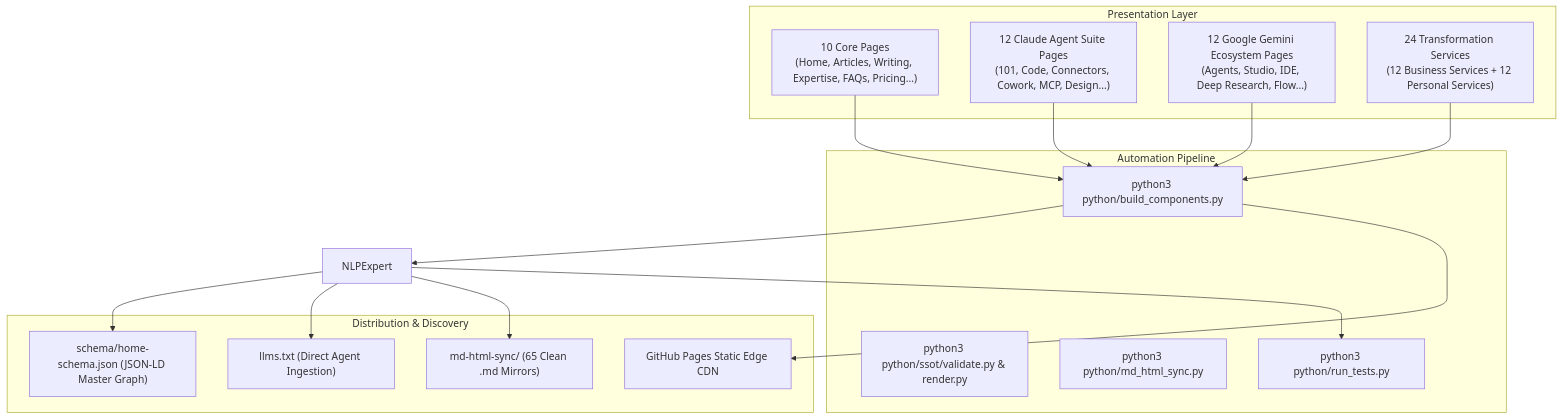
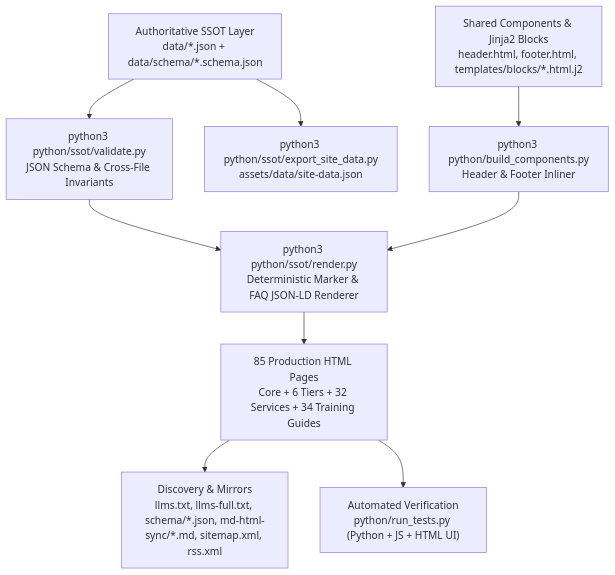
Before and after one commit to thomascherickal/thomascherickal.github.io: the second of 2 diagrams in README.md, drawn with Mermaid. The commit also changed other lines of this file and 156 other files, not shown here.

Commit message:
Data errors and FAQs fixed

````diff
--- a/README.md
+++ b/README.md
@@ -156,34 +122,15 @@
 ```mermaid
-graph TD
-  subgraph Presentation Layer
-    CorePages["10 Core Pages<br/>(Home, Articles, Writing, Expertise, FAQs, Pricing...)"]
-    ClaudePages["12 Claude Agent Suite Pages<br/>(101, Code, Connectors, Cowork, MCP, Design...)"]
-    GeminiPages["12 Google Gemini Ecosystem Pages<br/>(Agents, Studio, IDE, Deep Research, Flow...)"]
-    ServicePages["24 Transformation Services<br/>(12 Business Services + 12 Personal Services)"]
-  end
+flowchart TD
+  Data["Authoritative SSOT Layer<br/>data/*.json + data/schema/*.schema.json"]
+  Templates["Shared Components & Jinja2 Blocks<br/>header.html, footer.html, templates/blocks/*.html.j2"]
 
-  subgraph Automation Pipeline
-    Build["python3 python/build_components.py"]
-    SSOT["python3 python/ssot/validate.py & render.py"]
-    Sync["python3 python/md_html_sync.py"]
-    Tests["python3 python/run_tests.py"]
-  end
+  Data --> Validate["python3 python/ssot/validate.py<br/>JSON Schema & Cross-File Invariants"]
+  Validate --> Render["python3 python/ssot/render.py<br/>Deterministic Marker & FAQ JSON-LD Renderer"]
+  Templates --> Components["python3 python/build_components.py<br/>Header & Footer Inliner"]
+  Components --> Render
+  Data --> Export["python3 python/ssot/export_site_data.py<br/>assets/data/site-data.json"]
 
-  subgraph Distribution & Discovery
-    Schema["schema/home-schema.json (JSON-LD Master Graph)"]
-    LLMSTxt["llms.txt (Direct Agent Ingestion)"]
-    Markdown["md-html-sync/ (65 Clean .md Mirrors)"]
-    Edge["GitHub Pages Static Edge CDN"]
-  end
-
-  CorePages --> Build
-  ClaudePages --> Build
-  GeminiPages --> Build
-  ServicePages --> Build
-  Build --> NLPExpert
-  NLPExpert --> Schema
-  NLPExpert --> LLMSTxt
-  NLPExpert --> Markdown
-  NLPExpert --> Tests
-  Build --> Edge
+  Render --> Pages["85 Production HTML Pages<br/>Core + 6 Tiers + 32 Services + 34 Training Guides"]
+  Pages --> Discovery["Discovery & Mirrors<br/>llms.txt, llms-full.txt, schema/*.json, md-html-sync/*.md, sitemap.xml, rss.xml"]
+  Pages --> Tests["Automated Verification<br/>python/run_tests.py (Python + JS + HTML UI)"]
 ```
````
